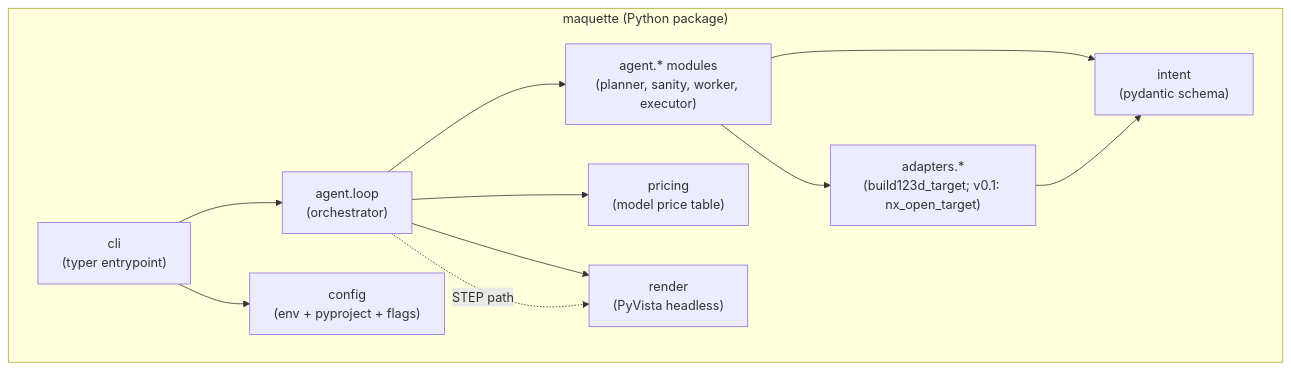
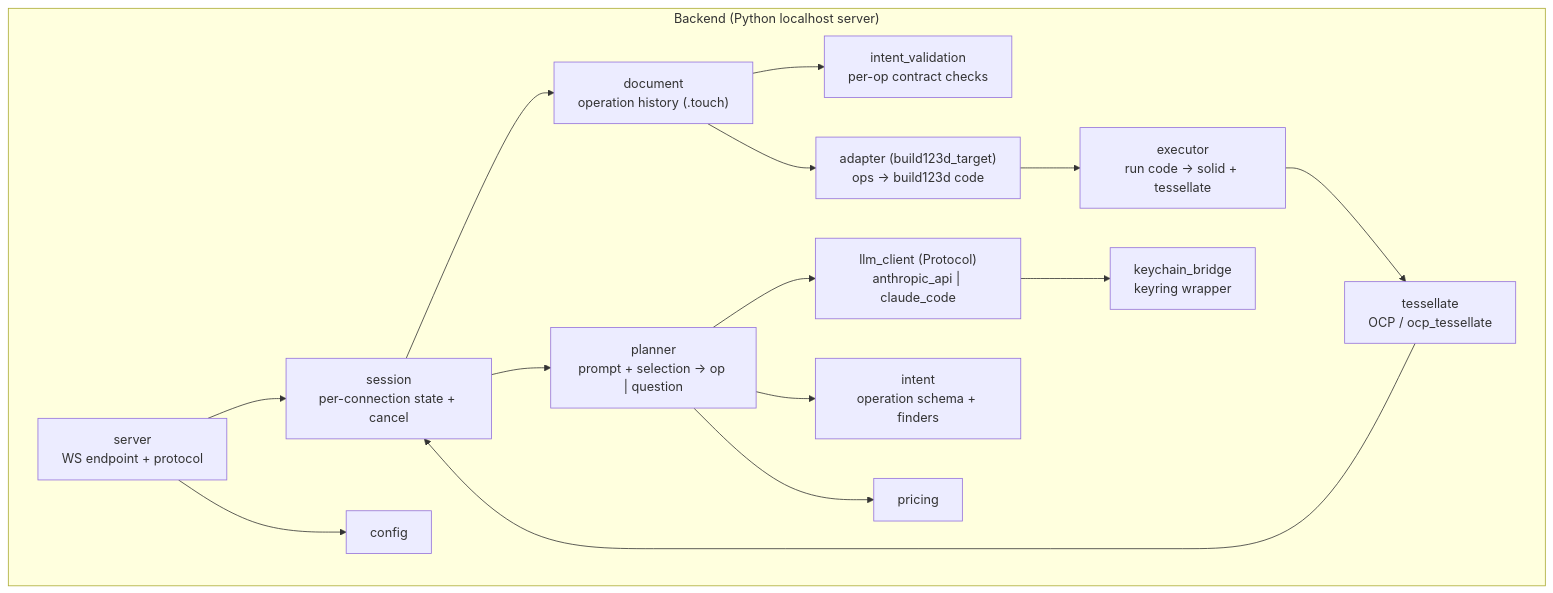
The fourth of 4 diagrams in docs/02-architecture.md (vandpaolo/touch), drawn with Mermaid before and after one commit. The commit also changed other lines of this file and 10 other files, not shown here.

First line of the commit message:
docs: re-baseline architecture for Touch (/pm-architecture)

````diff
--- a/docs/02-architecture.md
+++ b/docs/02-architecture.md
@@ -49,23 +108,32 @@
 ```mermaid
 flowchart TB
-    subgraph Maquette["maquette (Python package)"]
-        CLI["cli<br/>(typer entrypoint)"]
-        Loop["agent.loop<br/>(orchestrator)"]
-        AgentMods["agent.* modules<br/>(planner, sanity, worker, executor)"]
-        Adapters["adapters.*<br/>(build123d_target; v0.1: nx_open_target)"]
-        Render["render<br/>(PyVista headless)"]
-        Intent["intent<br/>(pydantic schema)"]
-        Pricing["pricing<br/>(model price table)"]
-        Config["config<br/>(env + pyproject + flags)"]
+    subgraph BE["Backend (Python localhost server)"]
+        Server["server<br/>WS endpoint + protocol"]
+        Session["session<br/>per-connection state + cancel"]
+        Document["document<br/>operation history (.touch)"]
+        Planner["planner<br/>prompt + selection → op | question"]
+        LLM["llm_client (Protocol)<br/>anthropic_api | claude_code"]
+        Intent["intent<br/>operation schema + finders"]
+        Validation["intent_validation<br/>per-op contract checks"]
+        Adapter["adapter (build123d_target)<br/>ops → build123d code"]
+        Executor["executor<br/>run code → solid + tessellate"]
+        Tess["tessellate<br/>OCP / ocp_tessellate"]
+        Pricing["pricing"]
+        Config["config"]
+        Keychain["keychain_bridge<br/>keyring wrapper"]
     end
 
-    CLI --> Loop
-    CLI --> Config
-    Loop --> AgentMods
-    Loop --> Pricing
-    Loop --> Render
-    AgentMods --> Intent
-    AgentMods --> Adapters
-    Adapters --> Intent
-    Loop -. STEP path .-> Render
+    Server --> Session
+    Session --> Document
+    Session --> Planner
+    Planner --> LLM
+    LLM --> Keychain
+    Planner --> Intent
+    Document --> Validation
+    Document --> Adapter
+    Adapter --> Executor
+    Executor --> Tess
+    Tess --> Session
+    Planner --> Pricing
+    Server --> Config
 ```
````
